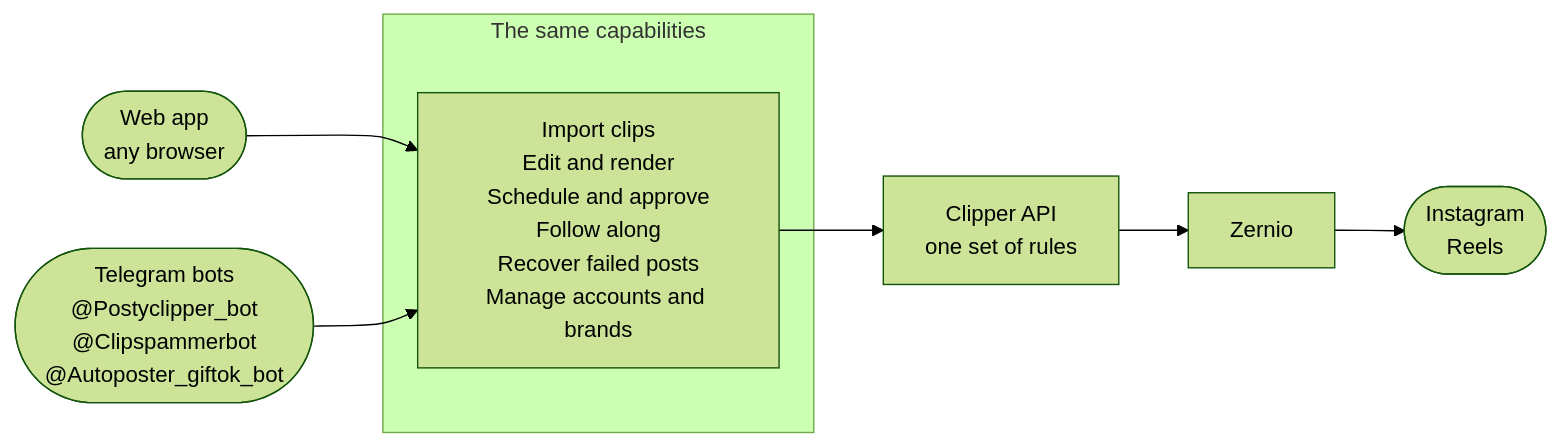
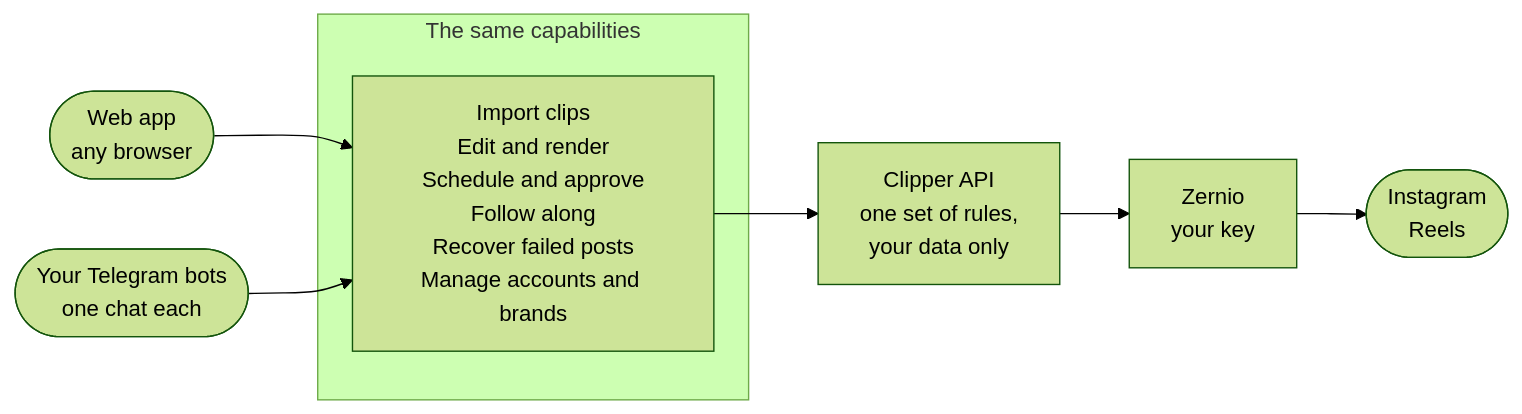
The second of 3 diagrams in README.md (paramshah07/Marketing-and-Clipping-Platform), drawn with Mermaid (forest theme) before and after one commit. The commit also changed other lines of this file and 19 other files, not shown here.

````diff
--- a/README.md
+++ b/README.md
@@ -73,12 +76,12 @@
 ```mermaid
 flowchart LR
   web(["Web app<br/>any browser"])
-  bots(["Telegram bots<br/>@Postyclipper_bot<br/>@Clipspammerbot<br/>@Autoposter_giftok_bot"])
+  bots(["Your Telegram bots<br/>one chat each"])
   subgraph powers ["The same capabilities"]
     caps["Import clips<br/>Edit and render<br/>Schedule and approve<br/>Follow along<br/>Recover failed posts<br/>Manage accounts and brands"]
   end
   web --> caps
   bots --> caps
-  caps --> api["Clipper API<br/>one set of rules"]
-  api --> zernio["Zernio"] --> ig(["Instagram<br/>Reels"])
+  caps --> api["Clipper API<br/>one set of rules,<br/>your data only"]
+  api --> zernio["Zernio<br/>your key"] --> ig(["Instagram<br/>Reels"])
 ```
````
